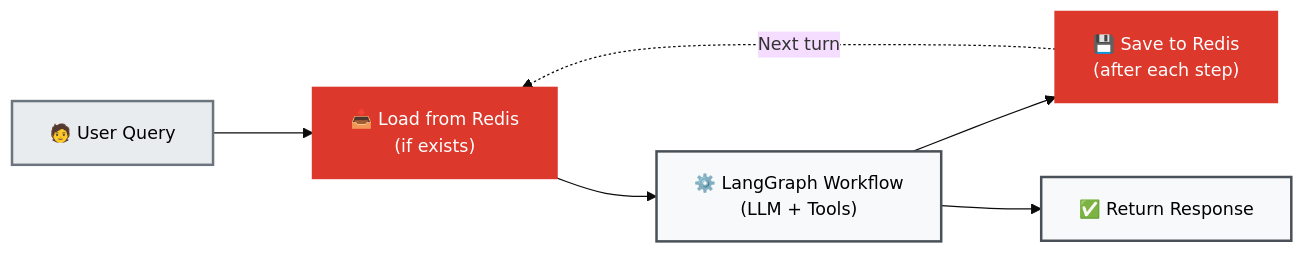
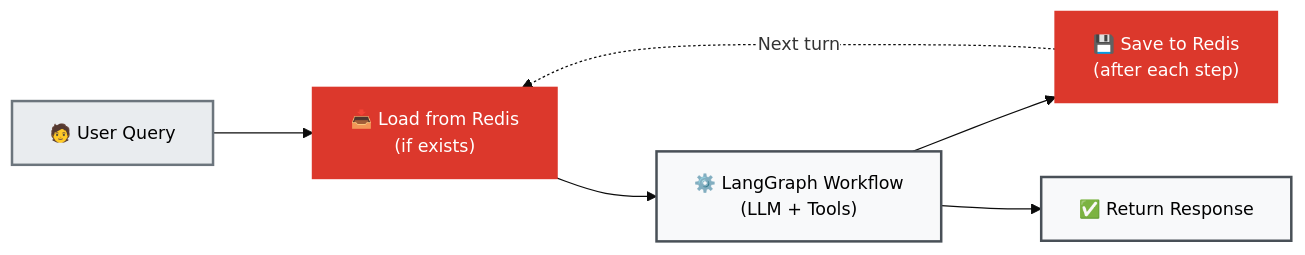
Before and after one commit to AllieRays/redis-wellness: the second of 2 diagrams in docs/12_LANGGRAPH_CHECKPOINTING.md, drawn with Mermaid. The commit also changed other lines of this file and 1 other file, not shown here.

````diff
--- a/docs/12_LANGGRAPH_CHECKPOINTING.md
+++ b/docs/12_LANGGRAPH_CHECKPOINTING.md
@@ -128,21 +128,21 @@
 ```mermaid
-%%{init: {'theme':'base', 'themeVariables': { 'fontSize':'14px'}, 'flowchart': {'nodeSpacing': 60, 'rankSpacing': 80}}}%%
+%%{init: {'theme':'base', 'themeVariables': { 'fontSize':'14px', 'edgeLabelBackground':'#fff', 'tertiaryColor':'#6c757d', 'tertiaryTextColor':'#495057'}, 'flowchart': {'nodeSpacing': 60, 'rankSpacing': 80}}}%%
 flowchart LR
     Start["🧑 User Query"]
     Load["📥 Load from Redis<br/>(if exists)"]
     Execute["⚙️ LangGraph Workflow<br/>(LLM + Tools)"]
     Save["💾 Save to Redis<br/>(after each step)"]
     Response["✅ Return Response"]
     
     Start --> Load
     Load --> Execute
     Execute --> Save
     Save -."Next turn".-> Load
     Execute --> Response
     
     style Start fill:#e9ecef,stroke:#6c757d,stroke-width:2px,color:#000
     style Load fill:#DC382C,stroke:#DC382C,stroke-width:2px,color:#fff
     style Execute fill:#f8f9fa,stroke:#495057,stroke-width:2px,color:#000
     style Save fill:#DC382C,stroke:#DC382C,stroke-width:2px,color:#fff
     style Response fill:#f8f9fa,stroke:#495057,stroke-width:2px,color:#000
 ```
````
